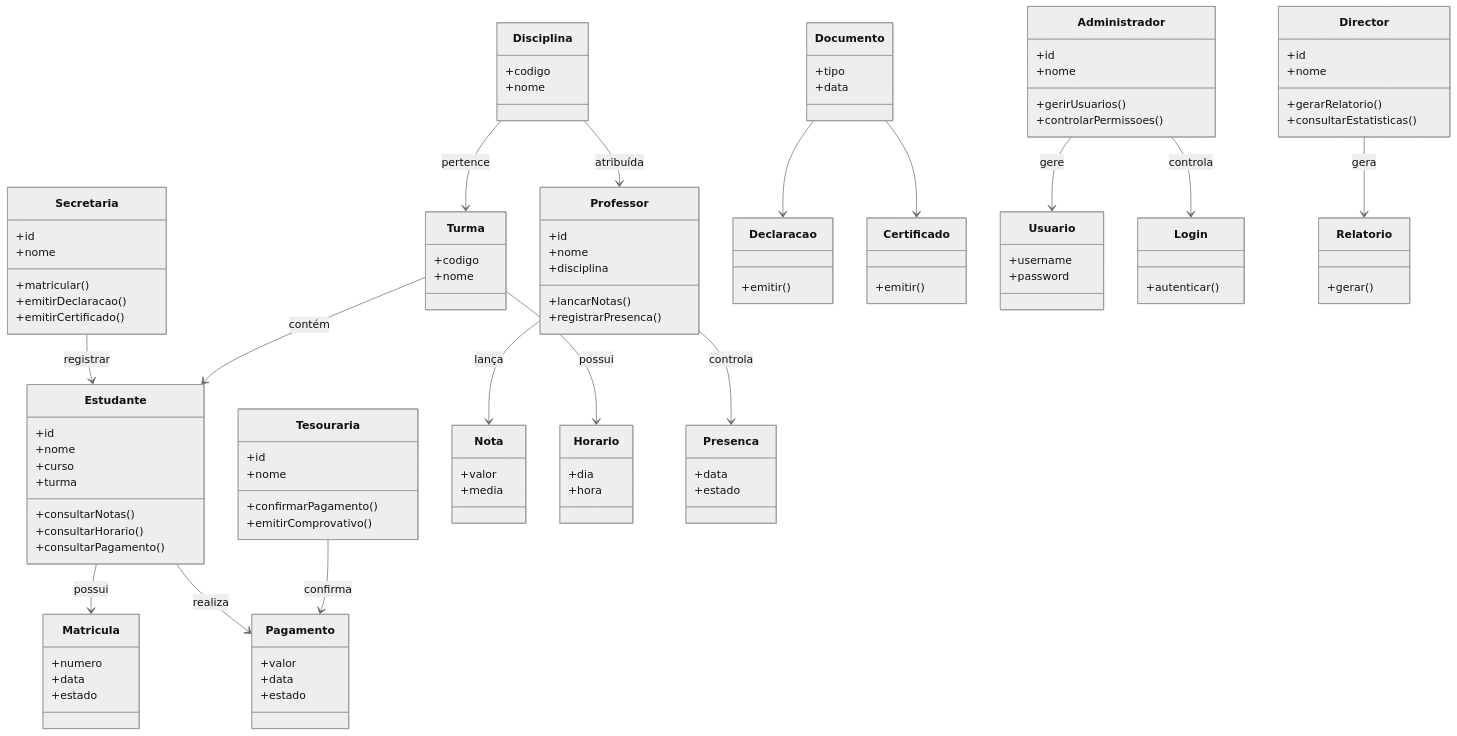
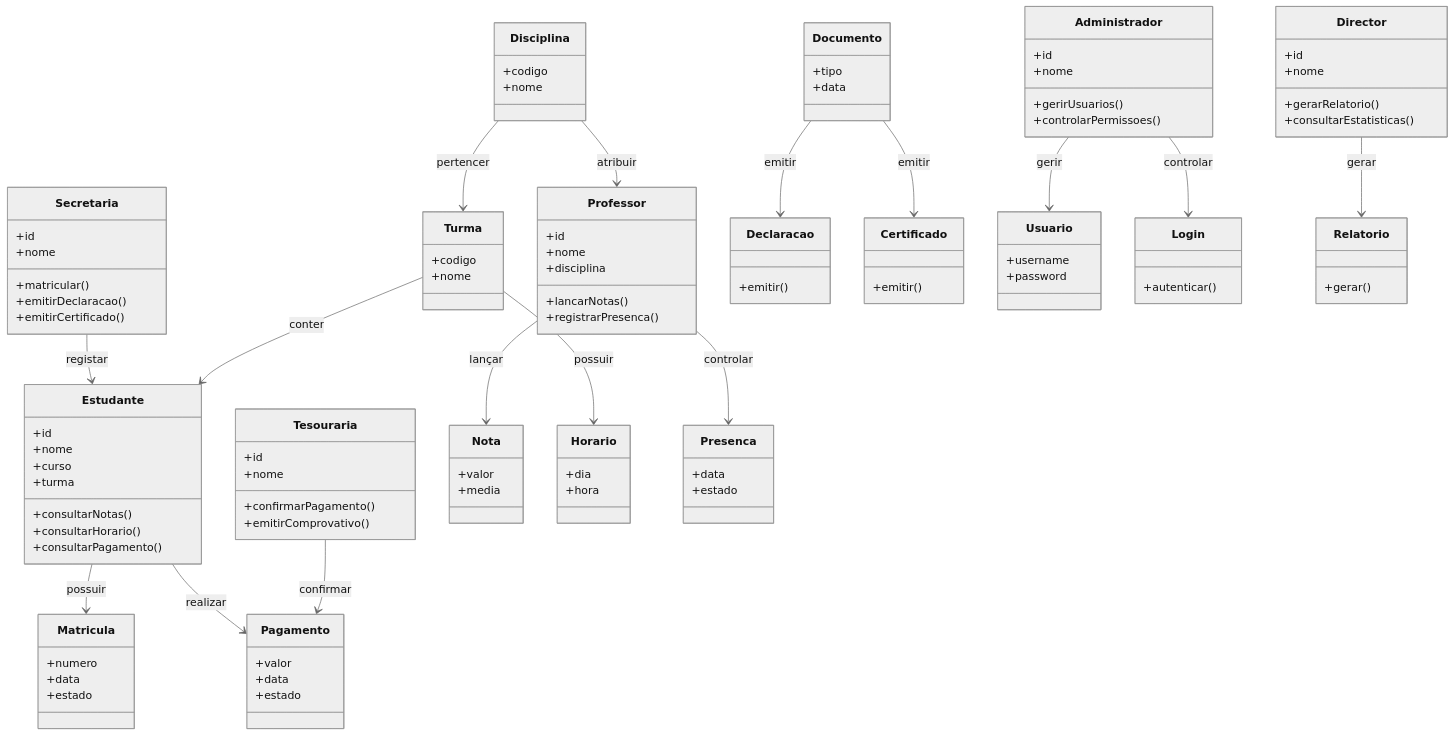
One commit to MarchelQuiala/sistema-secretaria-escolar changed the fourth of 4 diagrams in README.md. Above: the diagram before and after it, drawn with Mermaid (neutral theme).

Commit message:
Update Portuguese terms in README.md

````diff
--- a/README.md
+++ b/README.md
@@ -327,19 +327,19 @@
   +gerar()
 }
 
-Secretaria --> Estudante : registrar
-Estudante --> Matricula : possui
-Estudante --> Pagamento : realiza
-Professor --> Nota : lança
-Professor --> Presenca : controla
-Turma --> Horario : possui
-Disciplina --> Professor : atribuída
-Tesouraria --> Pagamento : confirma
-Administrador --> Usuario : gere
-Administrador --> Login : controla
-Director --> Relatorio : gera
-Documento --> Declaracao
-Documento --> Certificado
-Turma --> Estudante : contém
-Disciplina --> Turma : pertence
+Secretaria --> Estudante : registar
+Estudante --> Matricula : possuir
+Estudante --> Pagamento : realizar
+Professor --> Nota : lançar
+Professor --> Presenca : controlar
+Turma --> Horario : possuir
+Disciplina --> Professor : atribuir
+Tesouraria --> Pagamento : confirmar
+Administrador --> Usuario : gerir
+Administrador --> Login : controlar
+Director --> Relatorio : gerar
+Documento --> Declaracao : emitir
+Documento --> Certificado : emitir
+Turma --> Estudante : conter
+Disciplina --> Turma : pertencer
 ```
````
